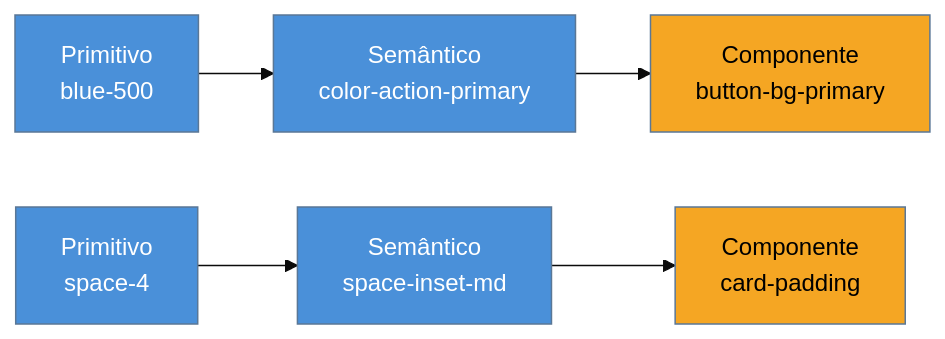
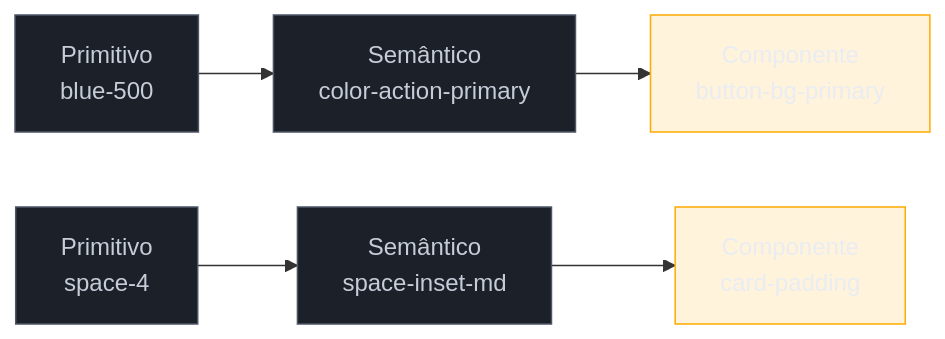
The diagram in 03-Dominios/Engenharia/UX/Linguagem Visual e Design System/29 - Design tokens como sistema.md (josenaldo/codex-technomanticus), drawn with Mermaid before and after one commit. The commit also changed 1181 other files, not shown here.

First line of the commit message:
fix(diagramas): paleta do sistema no lugar de cor cravada no markdown

````diff
--- a/03-Dominios/Engenharia/UX/Linguagem Visual e Design System/29 - Design tokens como sistema.md
+++ b/03-Dominios/Engenharia/UX/Linguagem Visual e Design System/29 - Design tokens como sistema.md
@@ -38,14 +38,15 @@
 ```mermaid
-%%{init: {"theme": "base", "themeVariables": {"primaryColor": "#4A90D9"}}}%%
 graph LR
+    classDef neutro fill:#1B2029,stroke:#4E5666,color:#C6CCD8
+    classDef destaque fill:#FFAA0024,stroke:#FFAA00,color:#E9ECF2
     P["Primitivo<br/>blue-500"] --> S["Semântico<br/>color-action-primary"]
     S --> C["Componente<br/>button-bg-primary"]
     P2["Primitivo<br/>space-4"] --> S2["Semântico<br/>space-inset-md"]
     S2 --> C2["Componente<br/>card-padding"]
-    style P fill:#4A90D9,color:#fff
-    style S fill:#4A90D9,color:#fff
-    style C fill:#F5A623,color:#000
-    style P2 fill:#4A90D9,color:#fff
-    style S2 fill:#4A90D9,color:#fff
-    style C2 fill:#F5A623,color:#000
+    class P neutro
+    class S neutro
+    class C destaque
+    class P2 neutro
+    class S2 neutro
+    class C2 destaque
 ```
````
